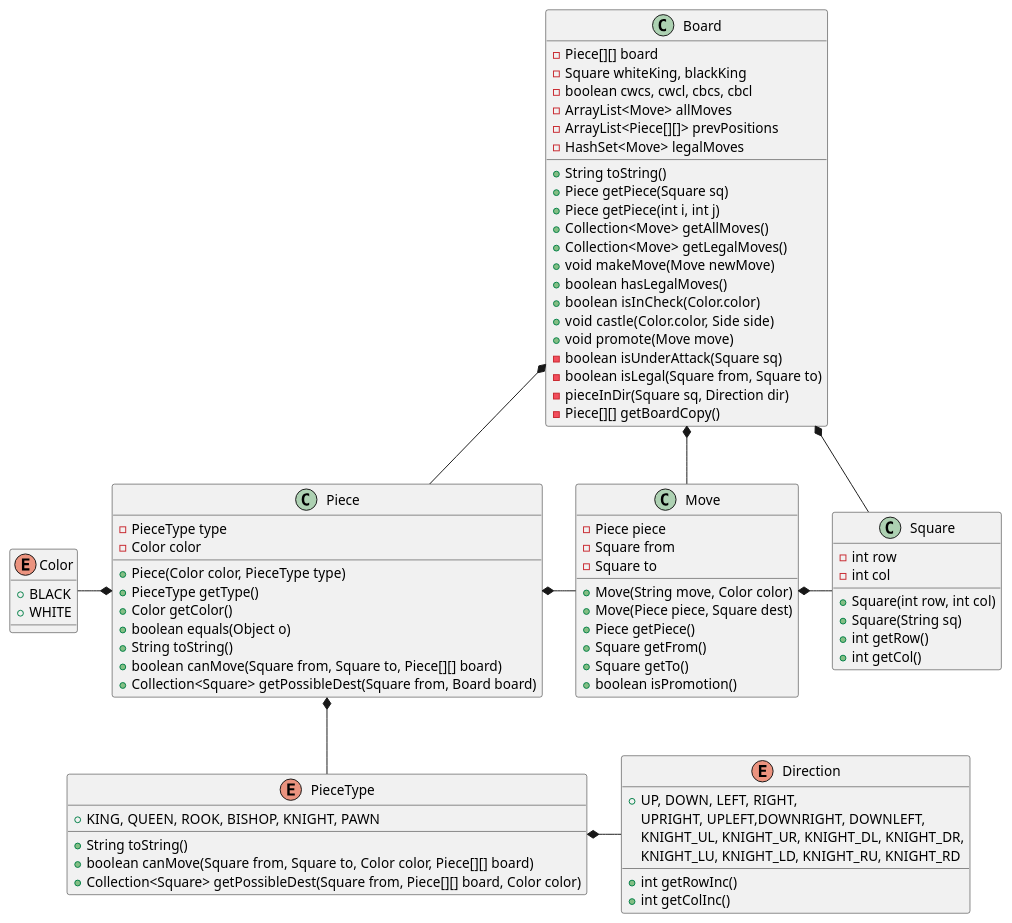
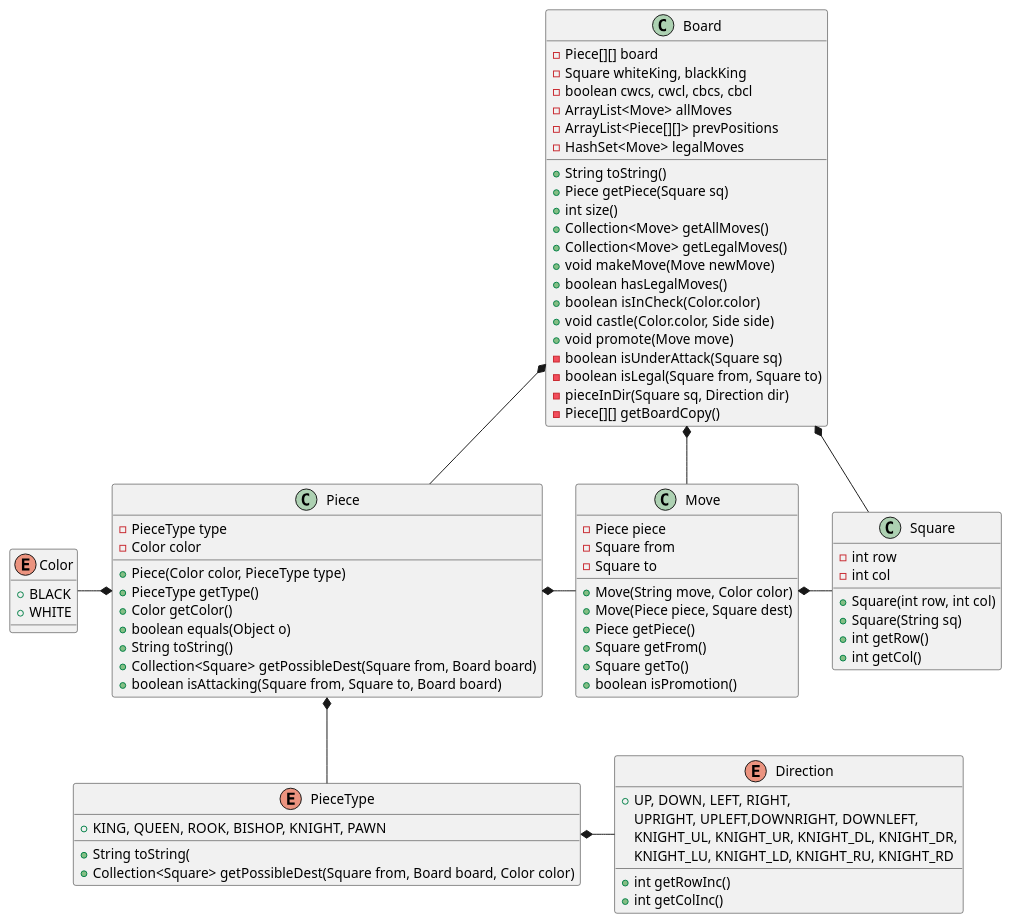
The diagram in src/Chess/utils/Chess_diagram.puml (rodrihern/POO-ITBA), drawn with PlantUML before and after one commit. The commit also changed 5 other files, not shown here.

```diff
--- a/src/Chess/utils/Chess_diagram.puml
+++ b/src/Chess/utils/Chess_diagram.puml
@@ -1,91 +1,90 @@
 @startuml
 
 
 class Board {
     -Piece[][] board
     -Square whiteKing, blackKing
     -boolean cwcs, cwcl, cbcs, cbcl
     -ArrayList<Move> allMoves
     -ArrayList<Piece[][]> prevPositions
     -HashSet<Move> legalMoves
     +String toString()
     +Piece getPiece(Square sq)
-    +Piece getPiece(int i, int j)
+    +int size()
     +Collection<Move> getAllMoves()
     +Collection<Move> getLegalMoves()
     +void makeMove(Move newMove)
     +boolean hasLegalMoves()
     +boolean isInCheck(Color.color)
     +void castle(Color.color, Side side)
     +void promote(Move move)
     -boolean isUnderAttack(Square sq)
     -boolean isLegal(Square from, Square to)
     -pieceInDir(Square sq, Direction dir)
     -Piece[][] getBoardCopy()
 
 }
 
 class Piece {
     -PieceType type
     -Color color
     +Piece(Color color, PieceType type)
     +PieceType getType()
     +Color getColor()
     +boolean equals(Object o)
     +String toString()
-    +boolean canMove(Square from, Square to, Piece[][] board)
     +Collection<Square> getPossibleDest(Square from, Board board)
+    +boolean isAttacking(Square from, Square to, Board board)
 }
 
 class Move {
     -Piece piece
     -Square from
     -Square to
     +Move(String move, Color color)
     +Move(Piece piece, Square dest)
     +Piece getPiece()
     +Square getFrom()
     +Square getTo()
     +boolean isPromotion()
 }
 
 class Square {
     -int row
     -int col
     +Square(int row, int col)
     +Square(String sq)
     +int getRow()
     +int getCol()
 }
 
 enum Color {
     +BLACK
     +WHITE
 }
 
 enum Direction {
     +UP, DOWN, LEFT, RIGHT,
     UPRIGHT, UPLEFT,DOWNRIGHT, DOWNLEFT,
     KNIGHT_UL, KNIGHT_UR, KNIGHT_DL, KNIGHT_DR,
     KNIGHT_LU, KNIGHT_LD, KNIGHT_RU, KNIGHT_RD
     +int getRowInc()
     +int getColInc()
 }
 
 enum PieceType {
     +KING, QUEEN, ROOK, BISHOP, KNIGHT, PAWN
-    +String toString()
-    +boolean canMove(Square from, Square to, Color color, Piece[][] board)
-    +Collection<Square> getPossibleDest(Square from, Piece[][] board, Color color)
+    +String toString(
+    +Collection<Square> getPossibleDest(Square from, Board board, Color color)
 }
 
 Board *- Move
 Board *-- Square
 Move *- Square
 Piece *- Move
 Board *-- Piece
 Piece *-- PieceType
 PieceType *- Direction
 Color -* Piece
 
 @enduml
```
